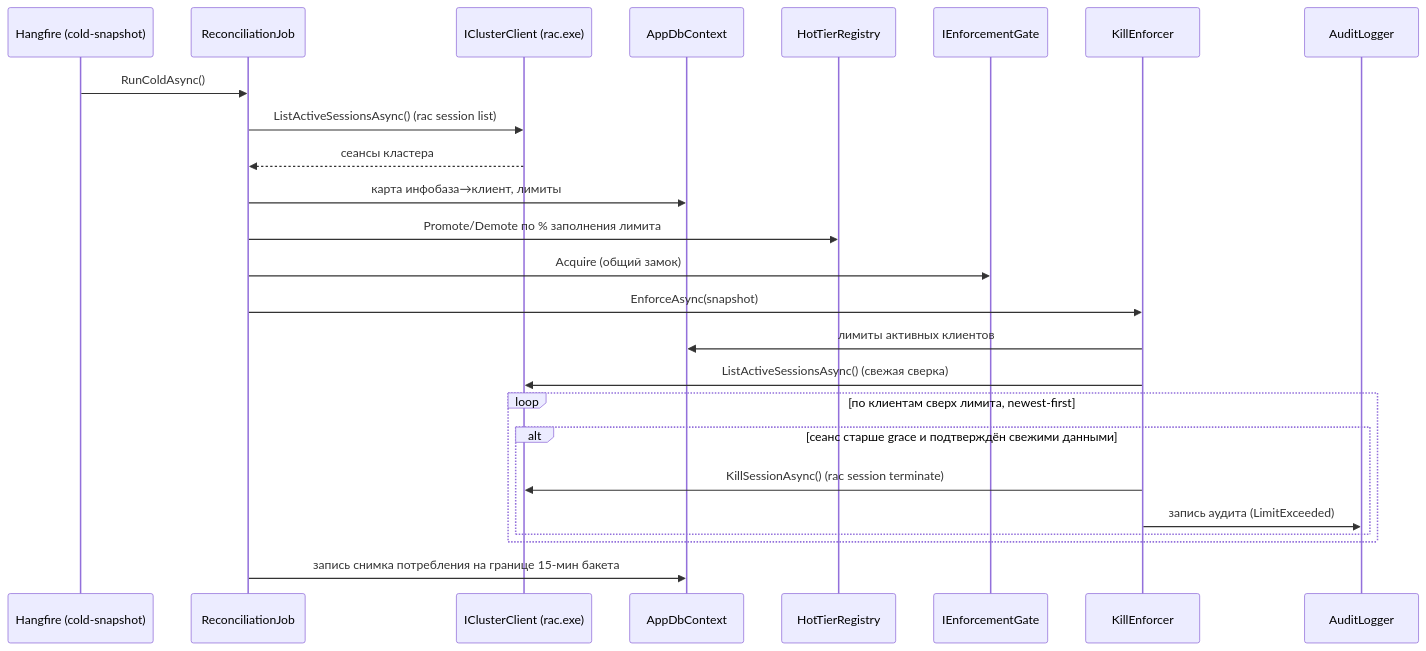
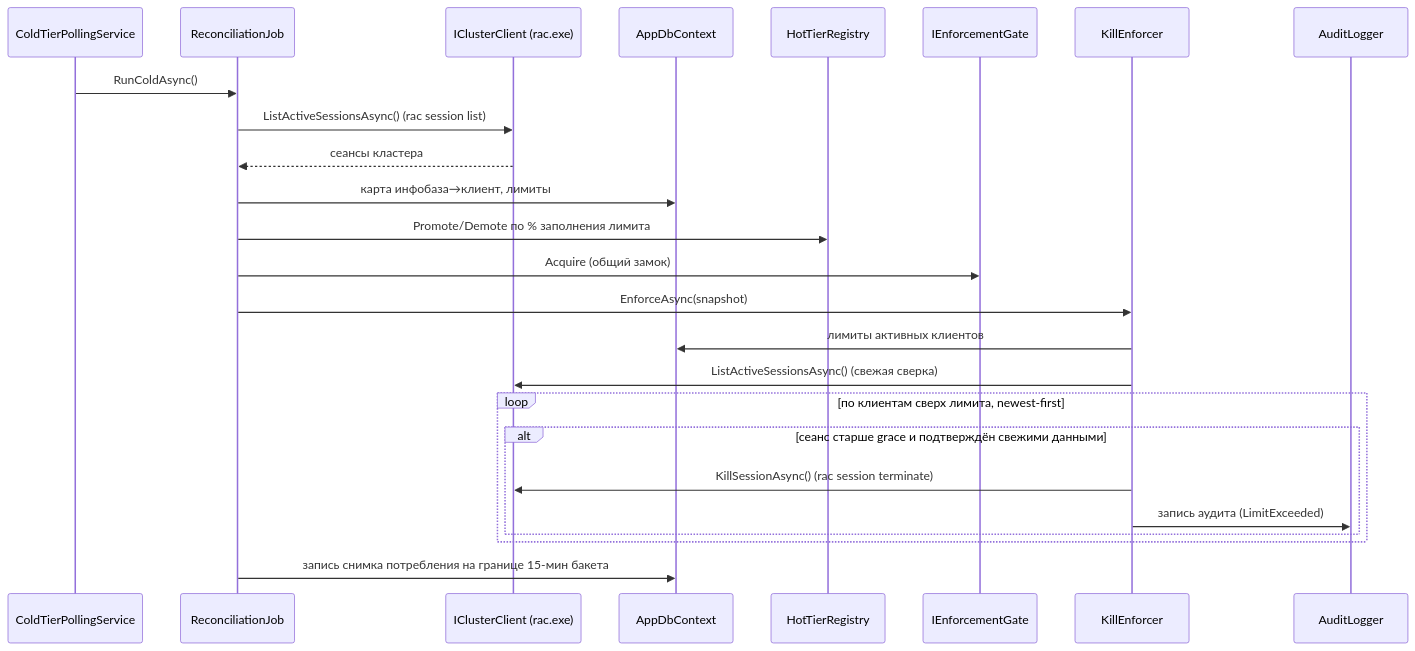
The second of 4 diagrams in docs/02_ARCHITECTURE.md (sdbsm/MitLicenseCenter), drawn with Mermaid before and after one commit. The commit also changed other lines of this file and 20 other files, not shown here.

````diff
--- a/docs/02_ARCHITECTURE.md
+++ b/docs/02_ARCHITECTURE.md
@@ -230,28 +231,28 @@
 ```mermaid
 sequenceDiagram
-    participant H as Hangfire (cold-snapshot)
+    participant H as ColdTierPollingService
     participant R as ReconciliationJob
     participant C as IClusterClient (rac.exe)
     participant DB as AppDbContext
     participant HT as HotTierRegistry
     participant G as IEnforcementGate
     participant K as KillEnforcer
     participant A as AuditLogger
 
     H->>R: RunColdAsync()
     R->>C: ListActiveSessionsAsync()  (rac session list)
     C-->>R: сеансы кластера
     R->>DB: карта инфобаза→клиент, лимиты
     R->>HT: Promote/Demote по % заполнения лимита
     R->>G: Acquire (общий замок)
     R->>K: EnforceAsync(snapshot)
     K->>DB: лимиты активных клиентов
     K->>C: ListActiveSessionsAsync() (свежая сверка)
     loop по клиентам сверх лимита, newest-first
         alt сеанс старше grace и подтверждён свежими данными
             K->>C: KillSessionAsync() (rac session terminate)
             K->>A: запись аудита (LimitExceeded)
         end
     end
     R->>DB: запись снимка потребления на границе 15-мин бакета
 ```
````
